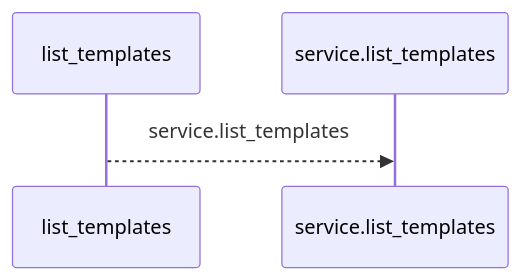
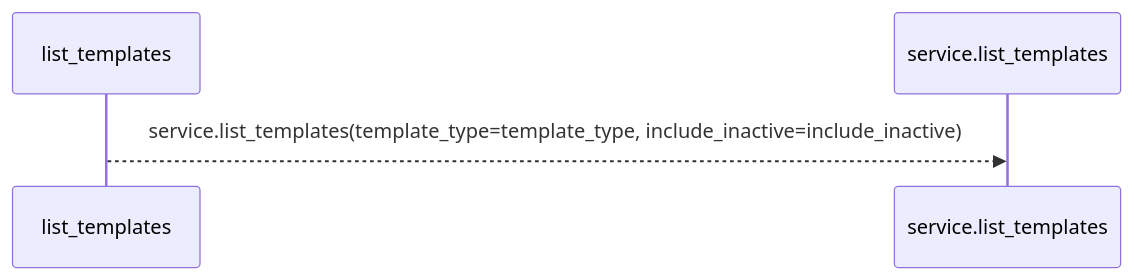
The first of 2 diagrams in docs/llm_wiki/flows/http-list_templates.md (Denissvgn/WorkChord), drawn with Mermaid before and after one commit. The commit also changed other lines of this file and 25171 other files, not shown here.

````diff
--- a/docs/llm_wiki/flows/http-list_templates.md
+++ b/docs/llm_wiki/flows/http-list_templates.md
@@ -10,6 +12,6 @@
 ```mermaid
 sequenceDiagram
     participant p0 as list_templates
     participant p1 as service.list_templates
-    p0-->>p1: service.list_templates
+    p0-->>p1: service.list_templates(template_type=template_type, include_inactive=include_inactive)
 ```
````
